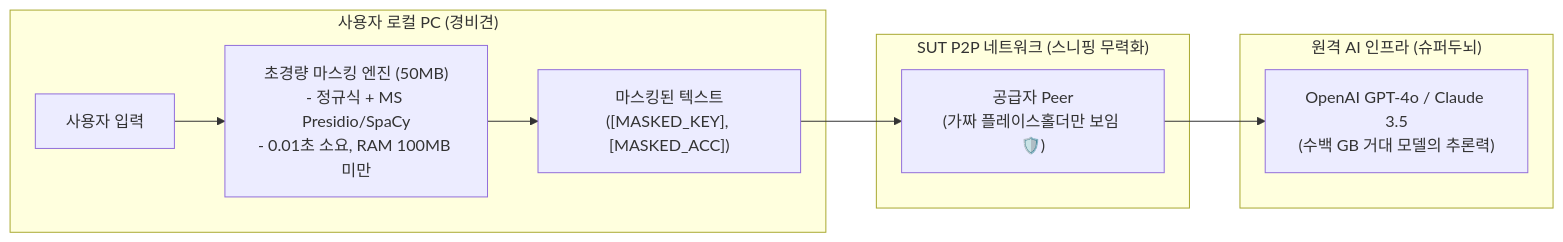
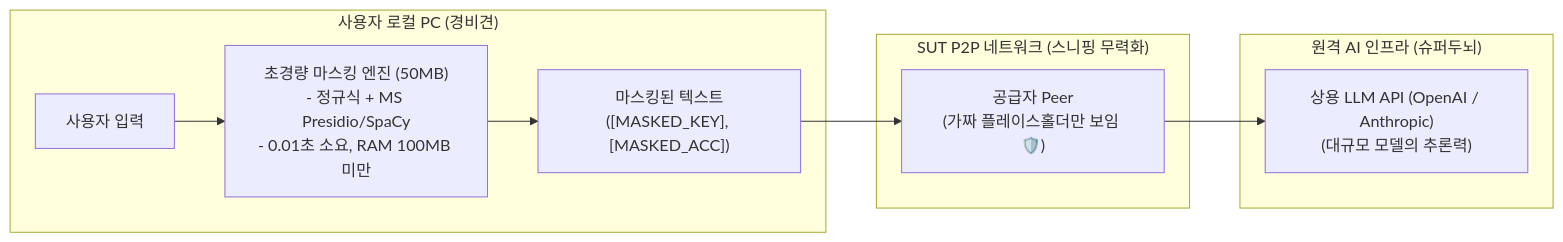
The first of 3 diagrams in docs/privacy-and-tool-calling.md (tanminkwan/share-ur-tokens), drawn with Mermaid before and after one commit. The commit also changed other lines of this file and 7 other files, not shown here.

First line of the commit message:
docs: Limit supply to API keys and local open models; fix product info

````diff
--- a/docs/privacy-and-tool-calling.md
+++ b/docs/privacy-and-tool-calling.md
@@ -11,15 +11,15 @@
 ```mermaid
 flowchart LR
     subgraph Local_Device["사용자 로컬 PC (경비견)"]
         User["사용자 입력"] --> Presidio["초경량 마스킹 엔진 (50MB)\n- 정규식 + MS Presidio/SpaCy\n- 0.01초 소요, RAM 100MB 미만"]
         Presidio --> Masked["마스킹된 텍스트\n([MASKED_KEY], [MASKED_ACC])"]
     end
 
     subgraph P2P_Network["SUT P2P 네트워크 (스니핑 무력화)"]
         Masked --> Peer["공급자 Peer\n(가짜 플레이스홀더만 보임 🛡️)"]
     end
 
     subgraph Remote_LLM["원격 AI 인프라 (슈퍼두뇌)"]
-        Peer --> OpenAI["OpenAI GPT-4o / Claude 3.5\n(수백 GB 거대 모델의 추론력)"]
+        Peer --> OpenAI["상용 LLM API (OpenAI / Anthropic)\n(대규모 모델의 추론력)"]
     end
 ```
````
